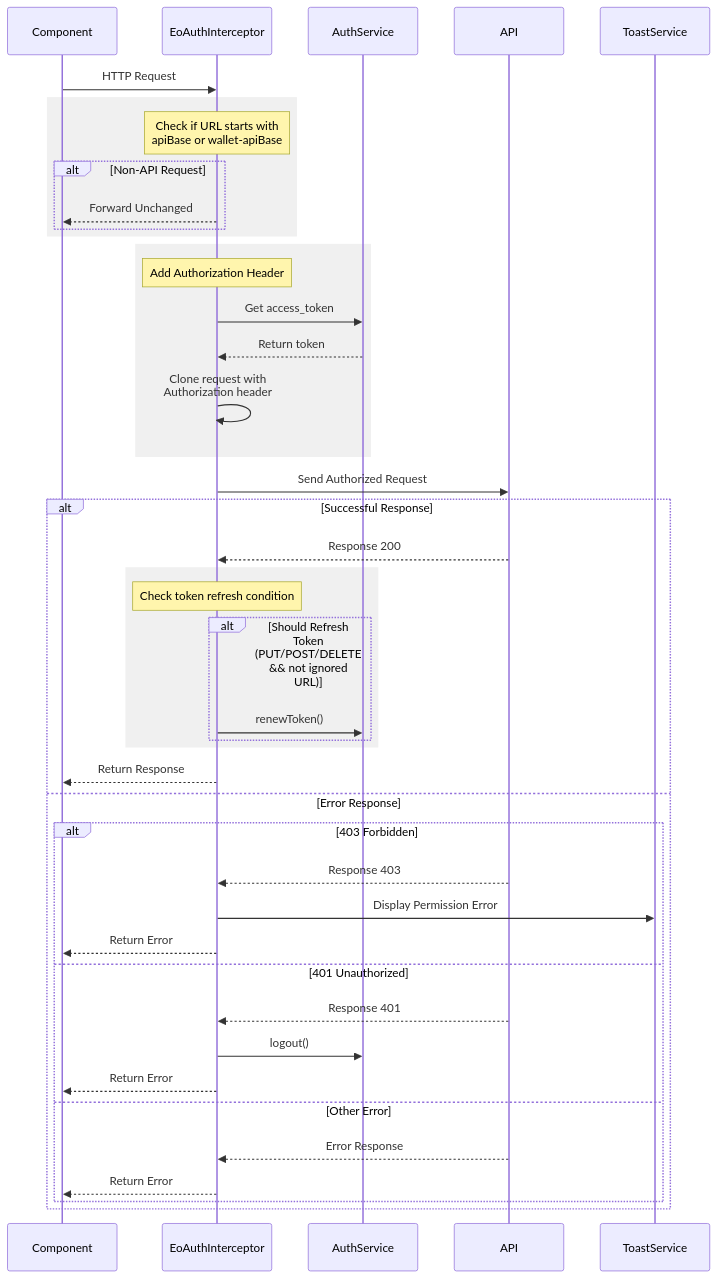
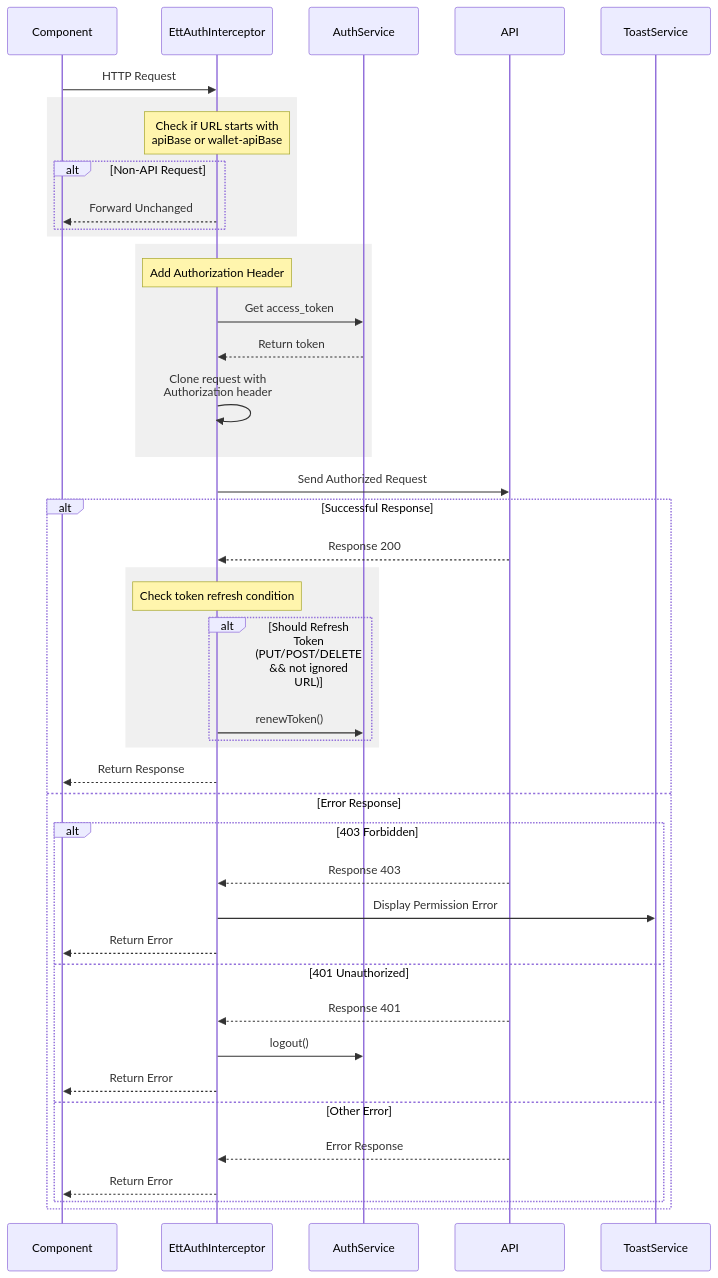
One commit to Energinet-DataHub/greenforce-frontend changed the third of 7 diagrams in docs/eo/auth.md. Above: the diagram before and after it, drawn with Mermaid. The commit also changed other lines of this file and 1079 other files, not shown here.

````diff
--- a/docs/eo/auth.md
+++ b/docs/eo/auth.md
@@ -98,52 +98,52 @@
 ```mermaid
 sequenceDiagram
     participant C as Component
-    participant I as EoAuthInterceptor
+    participant I as EttAuthInterceptor
     participant AS as AuthService
     participant API as API
     participant T as ToastService
 
     C->>I: HTTP Request
 
     rect rgb(240, 240, 240)
         Note over I: Check if URL starts with<br/>apiBase or wallet-apiBase
         alt Non-API Request
             I-->>C: Forward Unchanged
         end
     end
 
     rect rgb(240, 240, 240)
         Note over I: Add Authorization Header
         I->>AS: Get access_token
         AS-->>I: Return token
         I->>I: Clone request with<br/>Authorization header
     end
 
     I->>API: Send Authorized Request
 
     alt Successful Response
         API-->>I: Response 200
 
         rect rgb(240, 240, 240)
             Note over I: Check token refresh condition
             alt Should Refresh Token (PUT/POST/DELETE && not ignored URL)
                 I->>AS: renewToken()
             end
         end
 
         I-->>C: Return Response
     else Error Response
         alt 403 Forbidden
             API-->>I: Response 403
             I->>T: Display Permission Error
             I-->>C: Return Error
         else 401 Unauthorized
             API-->>I: Response 401
             I->>AS: logout()
             I-->>C: Return Error
         else Other Error
             API-->>I: Error Response
             I-->>C: Return Error
         end
     end
 ```
````
